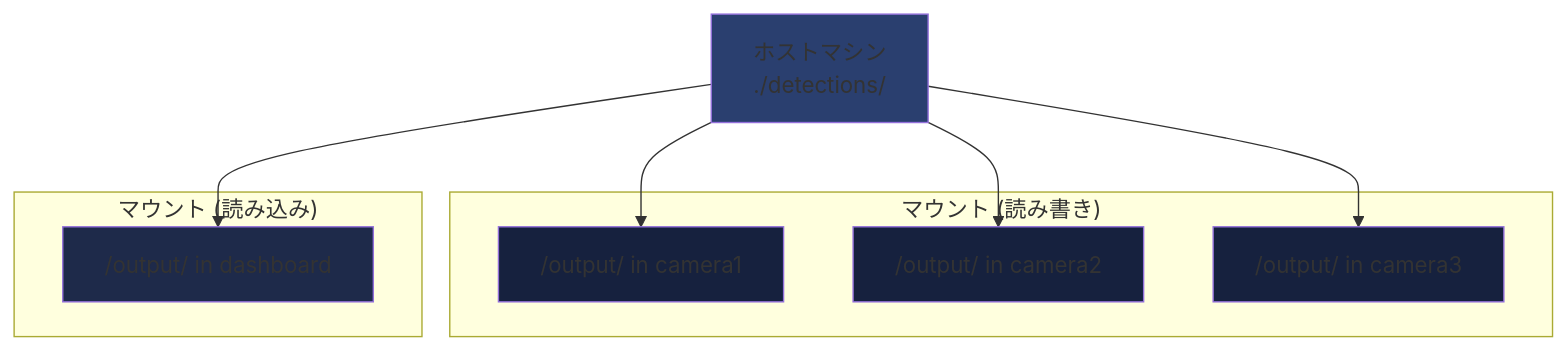
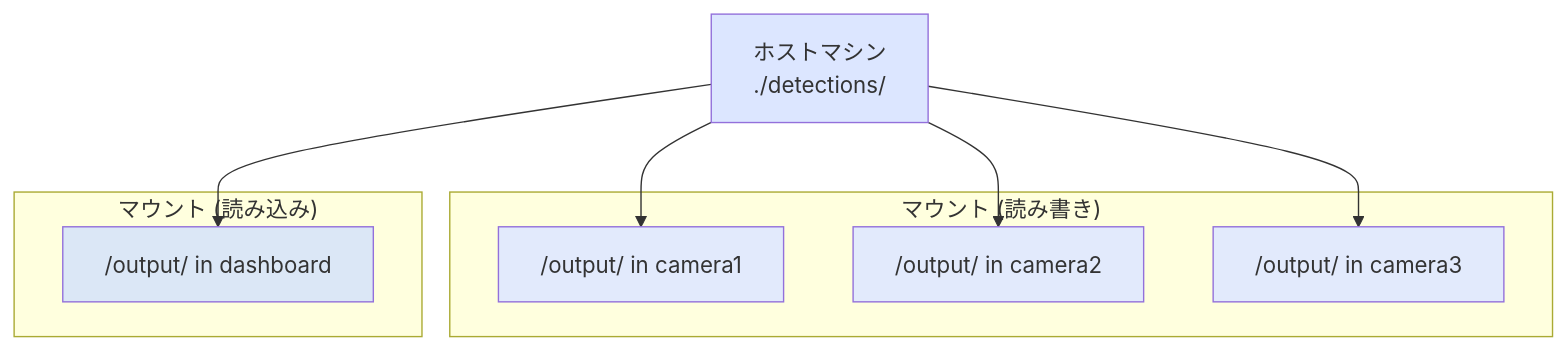
One commit to Masakai/meteo changed the sixth of 10 diagrams in documents/DOCKER_ARCHITECTURE.md. Above: the diagram before and after it, drawn with Mermaid. The commit also changed other lines of this file and 8 other files, not shown here.

Commit message:
- Mermaidダイアグラム用スタイルのカラーパレットを調整   - セーフティカラーを温和なトーンへ変更   - Mermaidテーマ設定のドキュメントやスクリプトを更新 - WebRTC/Go2RTC関連のドキュメント強化   - `go2rtc` コンテナ仕様、図解を追加   - ダッシュボード埋め込み方式とストリーミング設定を反映   - 構築手順にポートや依存関係情報を補足

````diff
--- a/documents/DOCKER_ARCHITECTURE.md
+++ b/documents/DOCKER_ARCHITECTURE.md
@@ -291,25 +367,25 @@
 ```mermaid
 graph TB
     Host["ホストマシン<br/>./detections/"]
 
     subgraph "マウント (読み書き)"
         Camera1["/output/ in camera1"]
         Camera2["/output/ in camera2"]
         Camera3["/output/ in camera3"]
     end
 
     subgraph "マウント (読み込み)"
         Dashboard["/output/ in dashboard"]
     end
 
     Host --> Camera1
     Host --> Camera2
     Host --> Camera3
     Host --> Dashboard
 
-    style Host fill:#2a3f6f
-    style Camera1 fill:#16213e
-    style Camera2 fill:#16213e
-    style Camera3 fill:#16213e
-    style Dashboard fill:#1e2a4a
+    style Host fill:#dce6ff
+    style Camera1 fill:#e2eafc
+    style Camera2 fill:#e2eafc
+    style Camera3 fill:#e2eafc
+    style Dashboard fill:#dbe7f6
 ```
````
